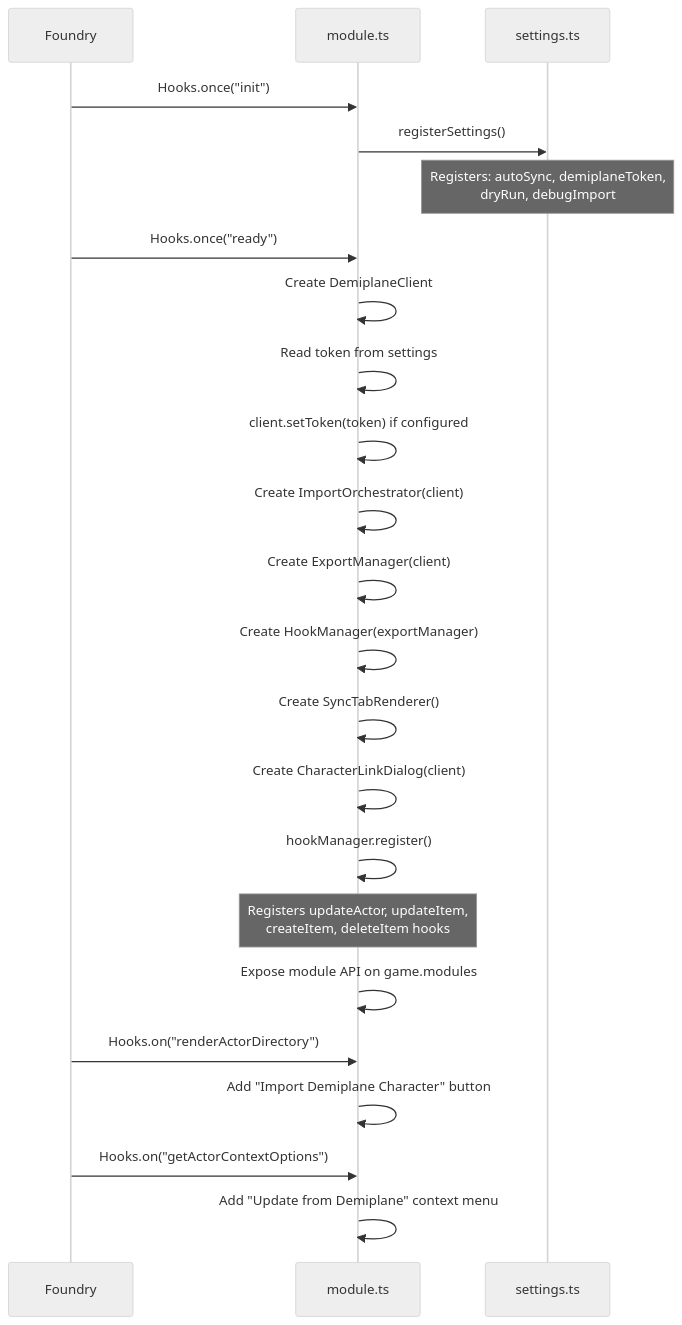
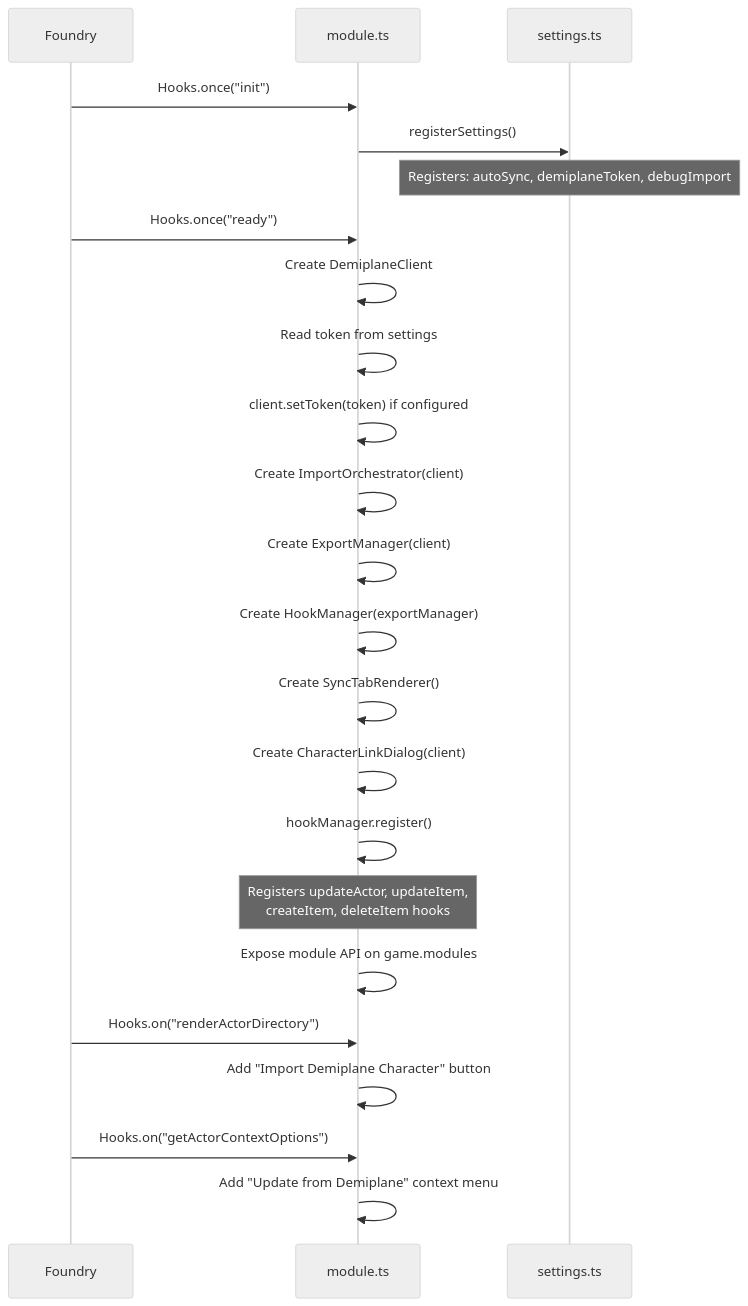
One commit to scooper4711/demiplane-pf2e changed the third of 7 diagrams in docs/ARCHITECTURE.md. Above: the diagram before and after it, drawn with Mermaid (neutral theme). The commit also changed other lines of this file and 18 other files, not shown here.

Commit message:
refactor: Remove dry run feature entirely

````diff
--- a/docs/ARCHITECTURE.md
+++ b/docs/ARCHITECTURE.md
@@ -220,32 +220,32 @@
 ```mermaid
 sequenceDiagram
     participant Foundry
     participant Module as module.ts
     participant Settings as settings.ts
 
     Foundry->>Module: Hooks.once("init")
     Module->>Settings: registerSettings()
-    Note over Settings: Registers: autoSync, demiplaneToken,<br/>dryRun, debugImport
+    Note over Settings: Registers: autoSync, demiplaneToken, debugImport
 
     Foundry->>Module: Hooks.once("ready")
     Module->>Module: Create DemiplaneClient
     Module->>Module: Read token from settings
     Module->>Module: client.setToken(token) if configured
 
     Module->>Module: Create ImportOrchestrator(client)
     Module->>Module: Create ExportManager(client)
     Module->>Module: Create HookManager(exportManager)
     Module->>Module: Create SyncTabRenderer()
     Module->>Module: Create CharacterLinkDialog(client)
 
     Module->>Module: hookManager.register()
     Note over Module: Registers updateActor, updateItem,<br/>createItem, deleteItem hooks
 
     Module->>Module: Expose module API on game.modules
 
     Foundry->>Module: Hooks.on("renderActorDirectory")
     Module->>Module: Add "Import Demiplane Character" button
 
     Foundry->>Module: Hooks.on("getActorContextOptions")
     Module->>Module: Add "Update from Demiplane" context menu
 ```
````
